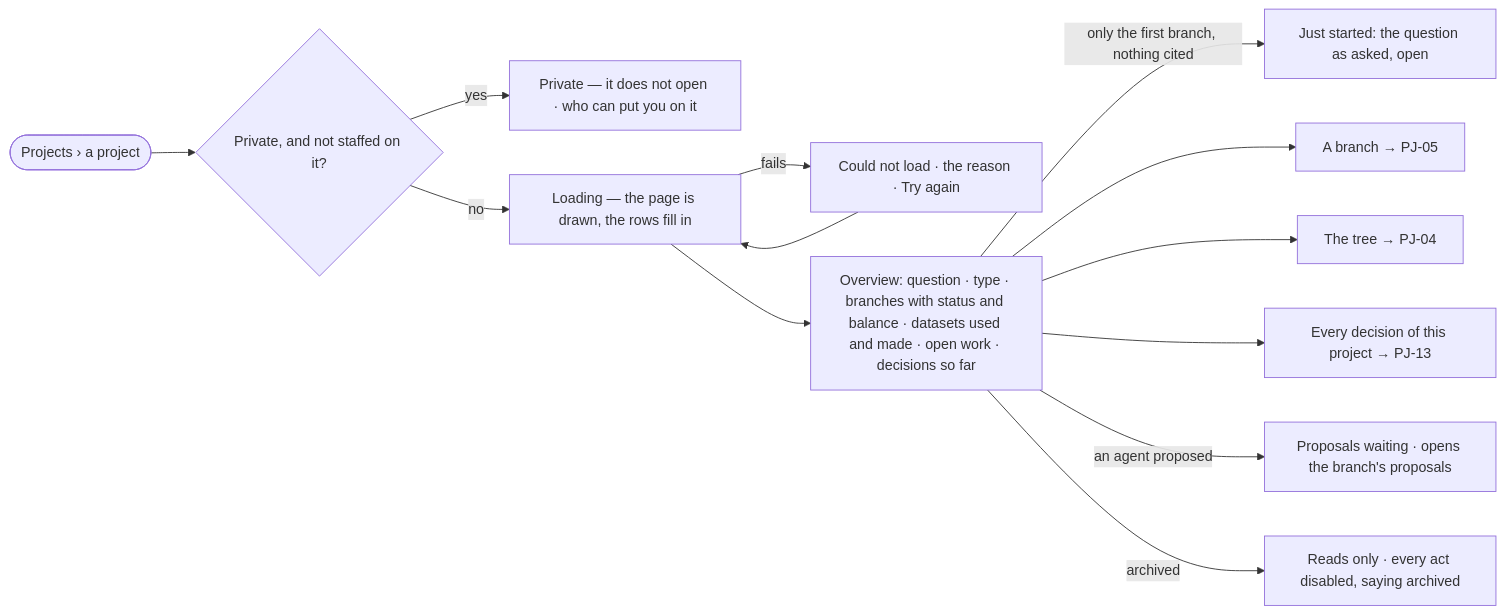
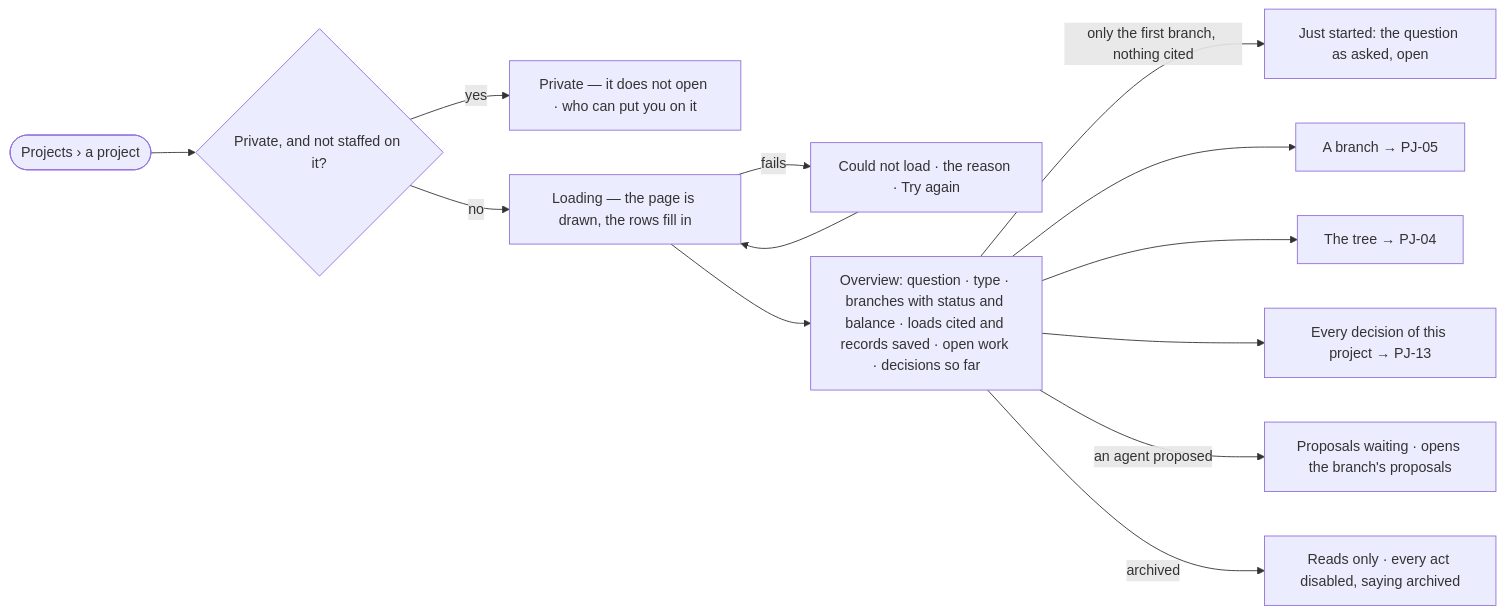
One commit to invana/invana changed the diagram in specs/capabilities/projects/features/PJ-F03-branches-findings-and-decisions/stories/PJ-03-see-where-a-project-stands/story.md. Above: the diagram before and after it, drawn with Mermaid. The commit also changed other lines of this file and 637 other files, not shown here.

````diff
--- a/specs/capabilities/projects/features/PJ-F03-branches-findings-and-decisions/stories/PJ-03-see-where-a-project-stands/story.md
+++ b/specs/capabilities/projects/features/PJ-F03-branches-findings-and-decisions/stories/PJ-03-see-where-a-project-stands/story.md
@@ -26,14 +26,14 @@
 ```mermaid
 flowchart LR
   s([Projects › a project]) --> pv{"Private, and not staffed on it?"}
   pv -->|yes| pr["Private — it does not open · who can put you on it"]
   pv -->|no| load["Loading — the page is drawn, the rows fill in"]
   load -->|fails| f["Could not load · the reason · Try again"] --> load
-  load --> o["Overview: question · type · branches with status and balance · datasets used and made · open work · decisions so far"]
+  load --> o["Overview: question · type · branches with status and balance · loads cited and records saved · open work · decisions so far"]
   o -->|only the first branch, nothing cited| j["Just started: the question as asked, open"]
   o --> b["A branch → PJ-05"]
   o --> t["The tree → PJ-04"]
   o --> d["Every decision of this project → PJ-13"]
   o -->|an agent proposed| p["Proposals waiting · opens the branch's proposals"]
   o -->|archived| a["Reads only · every act disabled, saying archived"]
 ```
````
